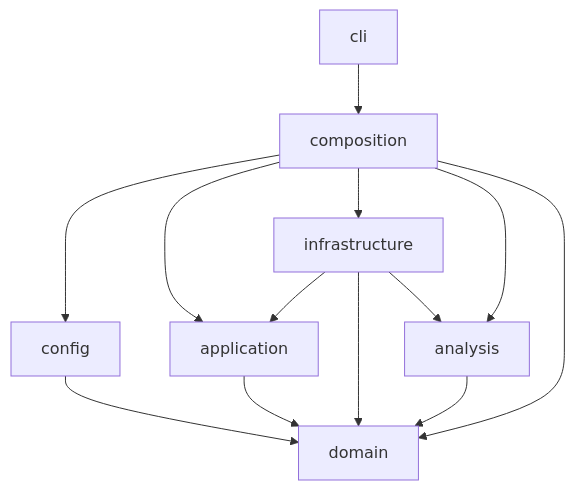
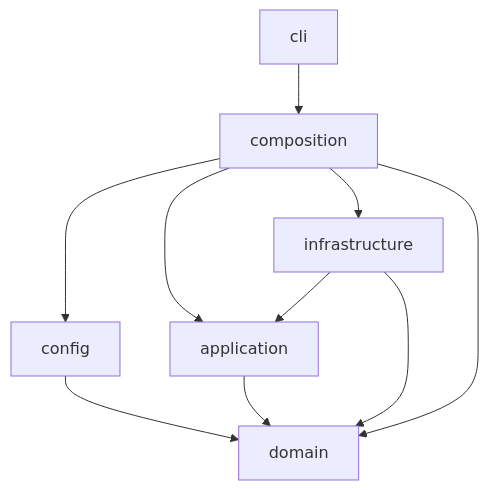
Before and after one commit to naslouby-salahe/datp-core: the first of 2 diagrams in docs/Architecture/DOMAIN_AND_APPLICATION_ARCHITECTURE.md, drawn with Mermaid. The commit also changed other lines of this file and 222 other files, not shown here.

````diff
--- a/docs/Architecture/DOMAIN_AND_APPLICATION_ARCHITECTURE.md
+++ b/docs/Architecture/DOMAIN_AND_APPLICATION_ARCHITECTURE.md
@@ -27,22 +32,18 @@
 ```mermaid
 graph TD
     DOM[domain]
     APP[application]
     CFG[config]
-    ANA[analysis]
     INFRA[infrastructure]
     COMP[composition]
     CLI[cli]
     APP --> DOM
     CFG --> DOM
-    ANA --> DOM
     INFRA --> APP
     INFRA --> DOM
-    INFRA --> ANA
     COMP --> CFG
     COMP --> APP
     COMP --> INFRA
-    COMP --> ANA
     COMP --> DOM
     CLI --> COMP
 ```
````
